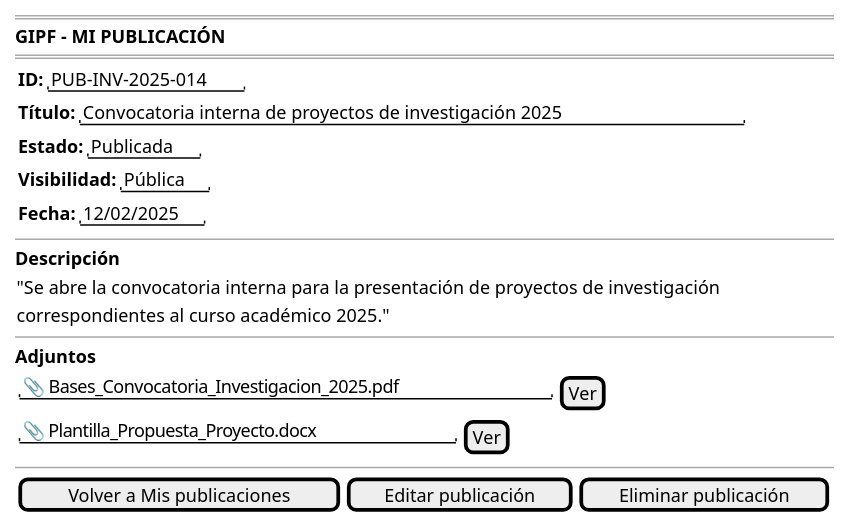
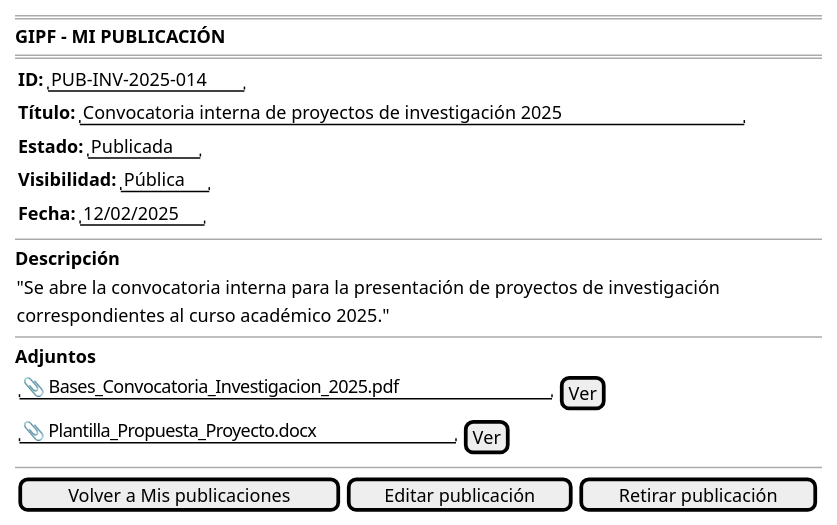
The first of 2 diagrams in modelosUML/RUP/00-casos-uso/02-detalle/prototipado/coordinador/eliminarMiPublicacion/prototipo.puml (beatriizorozco/25-26-idsw2-sdVC), drawn with PlantUML before and after one commit. The commit also changed other lines of this file and 98 other files, not shown here.

```diff
--- a/modelosUML/RUP/00-casos-uso/02-detalle/prototipado/coordinador/eliminarMiPublicacion/prototipo.puml
+++ b/modelosUML/RUP/00-casos-uso/02-detalle/prototipado/coordinador/eliminarMiPublicacion/prototipo.puml
@@ -1,36 +1,36 @@
 @startsalt miPublicacionAbierta-wireframe
 {
     ====
     <b>GIPF - MI PUBLICACIÓN</b>
     ====
 
     {
         { <b>ID:</b> | "PUB-INV-2025-014" }
         { <b>Título:</b> | "Convocatoria interna de proyectos de investigación 2025" }
         { <b>Estado:</b> | "Publicada" }
         { <b>Visibilidad:</b> | "Pública" }
         { <b>Fecha:</b> | "12/02/2025" }
     }
 
     --
 
     <b>Descripción</b>
     {
         "Se abre la convocatoria interna para la presentación de proyectos de investigación
         correspondientes al curso académico 2025."
     }
 
     --
 
     <b>Adjuntos</b>
     {
         { "📎 Bases_Convocatoria_Investigacion_2025.pdf" | [Ver] }
         { "📎 Plantilla_Propuesta_Proyecto.docx" | [Ver] }
     }
 
     --
 
-    { [Volver a Mis publicaciones] | [Editar publicación] | [Eliminar publicación] }
+    { [Volver a Mis publicaciones] | [Editar publicación] | [Retirar publicación] }
 }
 
 @endsalt
```
